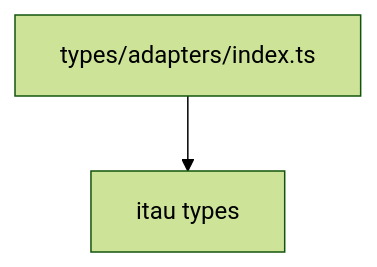
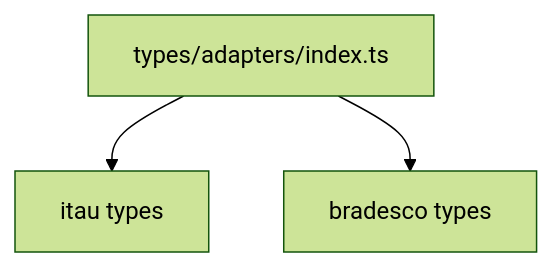
Before and after one commit to linkiez/BoletoSDK: the diagram in src/types/adapters/index.doc.md, drawn with Mermaid (forest theme). The commit also changed other lines of this file and 31 other files, not shown here.

````diff
--- a/src/types/adapters/index.doc.md
+++ b/src/types/adapters/index.doc.md
@@ -24,4 +25,5 @@
 ```mermaid
 flowchart TD
   A[types/adapters/index.ts] --> B[itau types]
+  A --> C[bradesco types]
 ```
````
